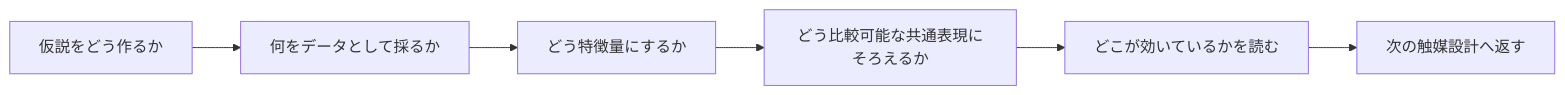
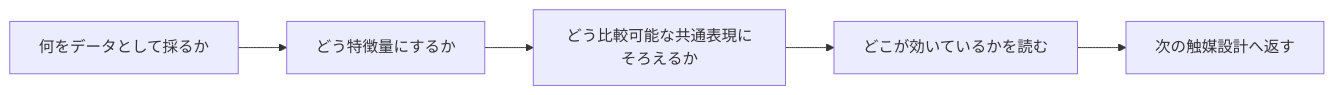
Before and after one commit to saka-d/zenn: the diagram in articles/integrated-catalysis-study-group-impressions.md, drawn with Mermaid. The commit also changed other lines of this file, not shown here.

````diff
--- a/articles/integrated-catalysis-study-group-impressions.md
+++ b/articles/integrated-catalysis-study-group-impressions.md
@@ -24,8 +25,7 @@
 ```mermaid
 flowchart LR
-    A[仮説をどう作るか] --> B[何をデータとして採るか]
-    B --> C[どう特徴量にするか]
-    C --> D[どう比較可能な共通表現にそろえるか]
-    D --> E[どこが効いているかを読む]
-    E --> F[次の触媒設計へ返す]
+    A[何をデータとして採るか] --> B[どう特徴量にするか]
+    B --> C[どう比較可能な共通表現にそろえるか]
+    C --> D[どこが効いているかを読む]
+    D --> E[次の触媒設計へ返す]
 ```
````
